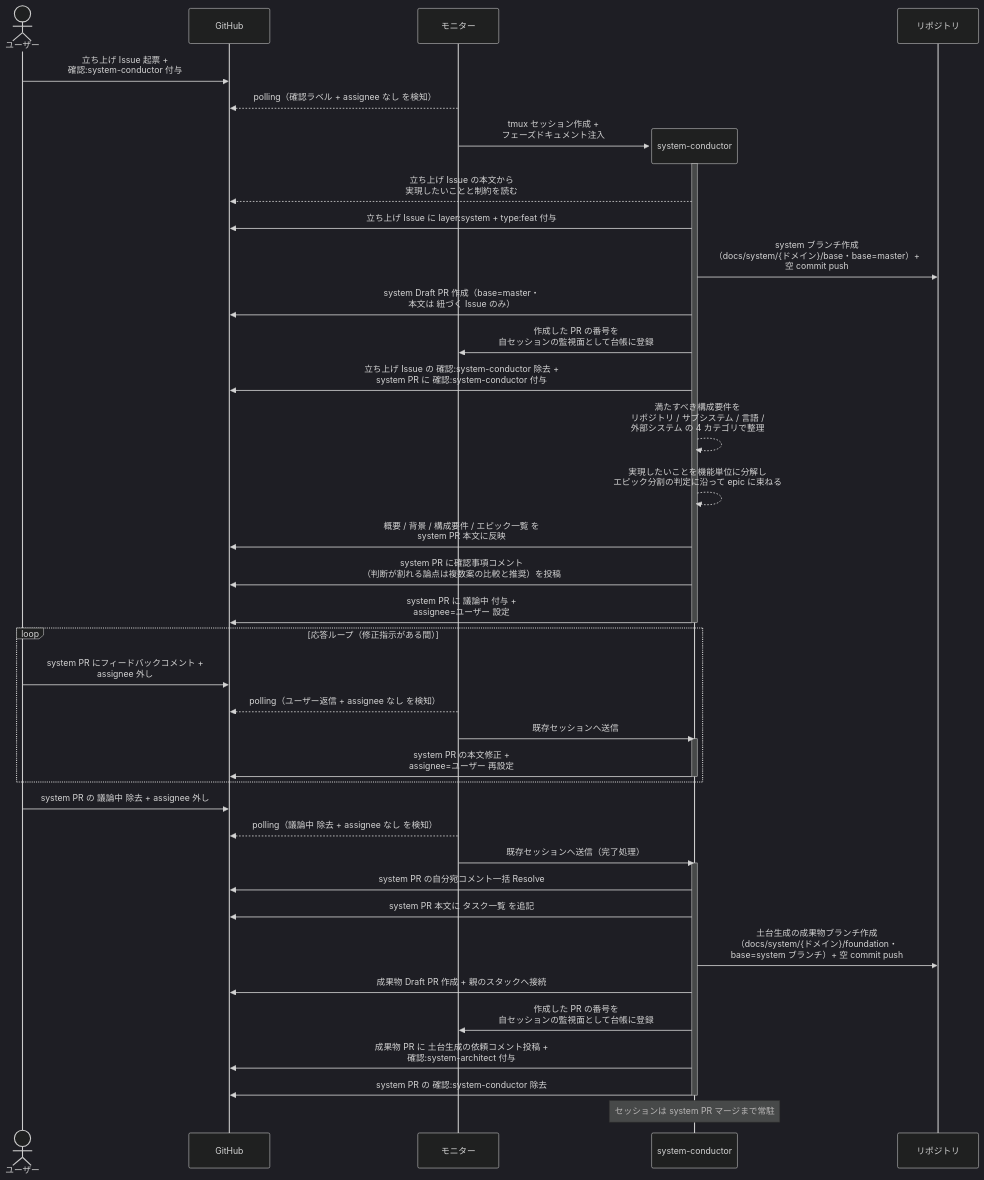
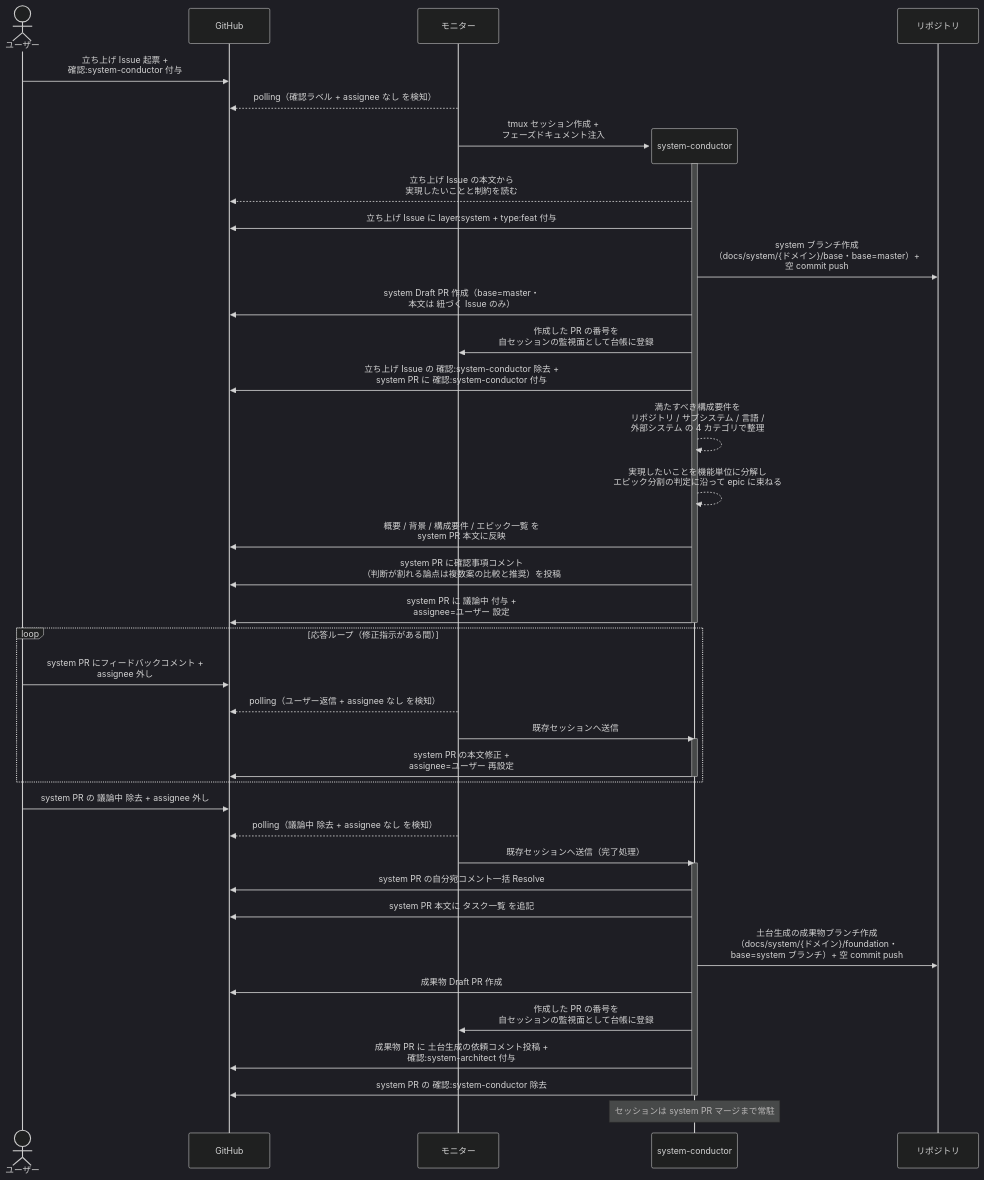
Before and after one commit to shuhei1101/ai-monitor: the first of 3 diagrams in docs/wiki/設計図/シナリオ/単一ユースケース/システム構成確定.md, drawn with Mermaid (dark theme). The commit also changed other lines of this file and 108 other files, not shown here.

````diff
--- a/docs/wiki/設計図/シナリオ/単一ユースケース/システム構成確定.md
+++ b/docs/wiki/設計図/シナリオ/単一ユースケース/システム構成確定.md
@@ -27,48 +27,48 @@
 ```mermaid
 sequenceDiagram
   actor U as ユーザー
   participant GH as GitHub
   participant ORC as モニター
 
   U->>GH: 立ち上げ Issue 起票 +<br>確認:system-conductor 付与
   ORC-->>GH: polling（確認ラベル + assignee なし を検知）
   create participant MON as system-conductor
   ORC->>MON: tmux セッション作成 +<br>フェーズドキュメント注入
   participant REPO as リポジトリ
   activate MON
   MON-->>GH: 立ち上げ Issue の本文から<br>実現したいことと制約を読む
   MON->>GH: 立ち上げ Issue に layer:system + type:feat 付与
   MON->>REPO: system ブランチ作成<br>（docs/system/{ドメイン}/base・base=master）+<br>空 commit push
   MON->>GH: system Draft PR 作成（base=master・<br>本文は 紐づく Issue のみ）
   MON->>ORC: 作成した PR の番号を<br>自セッションの監視面として台帳に登録
   MON->>GH: 立ち上げ Issue の 確認:system-conductor 除去 +<br>system PR に 確認:system-conductor 付与
   MON-->>MON: 満たすべき構成要件を<br>リポジトリ / サブシステム / 言語 /<br>外部システム の 4 カテゴリで整理
   MON-->>MON: 実現したいことを機能単位に分解し<br>エピック分割の判定に沿って epic に束ねる
   MON->>GH: 概要 / 背景 / 構成要件 / エピック一覧 を<br>system PR 本文に反映
   MON->>GH: system PR に確認事項コメント<br>（判断が割れる論点は複数案の比較と推奨）を投稿
   MON->>GH: system PR に 議論中 付与 +<br>assignee=ユーザー 設定
   deactivate MON
 
   loop 応答ループ（修正指示がある間）
     U->>GH: system PR にフィードバックコメント +<br>assignee 外し
     ORC-->>GH: polling（ユーザー返信 + assignee なし を検知）
     ORC->>MON: 既存セッションへ送信
     activate MON
     MON->>GH: system PR の本文修正 +<br>assignee=ユーザー 再設定
     deactivate MON
   end
 
   U->>GH: system PR の 議論中 除去 + assignee 外し
   ORC-->>GH: polling（議論中 除去 + assignee なし を検知）
   ORC->>MON: 既存セッションへ送信（完了処理）
   activate MON
   MON->>GH: system PR の自分宛コメント一括 Resolve
   MON->>GH: system PR 本文に タスク一覧 を追記
   MON->>REPO: 土台生成の成果物ブランチ作成<br>（docs/system/{ドメイン}/foundation・<br>base=system ブランチ）+ 空 commit push
-  MON->>GH: 成果物 Draft PR 作成 + 親のスタックへ接続
+  MON->>GH: 成果物 Draft PR 作成
   MON->>ORC: 作成した PR の番号を<br>自セッションの監視面として台帳に登録
   MON->>GH: 成果物 PR に 土台生成の依頼コメント投稿 +<br>確認:system-architect 付与
   MON->>GH: system PR の 確認:system-conductor 除去
   deactivate MON
   Note over MON: セッションは system PR マージまで常駐
 ```
````
